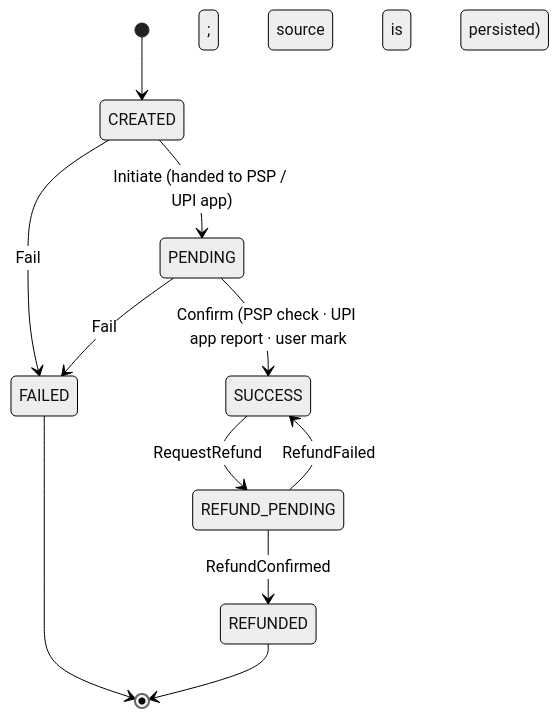
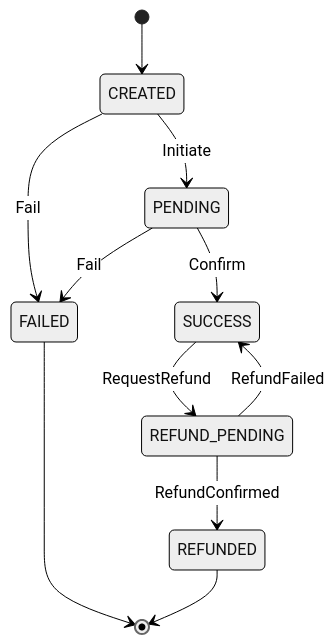
Before and after one commit to Darshan-05032003/PayFlow: the second of 3 diagrams in README.md, drawn with Mermaid (neutral theme). The commit also changed other lines of this file, not shown here.

Commit message:
docs: rewrite README with architecture, setup and testing guide

````diff
--- a/README.md
+++ b/README.md
@@ -188,13 +82,13 @@
 ```mermaid
 stateDiagram-v2
     [*] --> CREATED
-    CREATED --> PENDING: Initiate (handed to PSP / UPI app)
+    CREATED --> PENDING: Initiate
     CREATED --> FAILED: Fail
-    PENDING --> SUCCESS: Confirm (PSP check · UPI app report · user mark; source is persisted)
+    PENDING --> SUCCESS: Confirm
     PENDING --> FAILED: Fail
     SUCCESS --> REFUND_PENDING: RequestRefund
     REFUND_PENDING --> REFUNDED: RefundConfirmed
     REFUND_PENDING --> SUCCESS: RefundFailed
     FAILED --> [*]
     REFUNDED --> [*]
 ```
````
